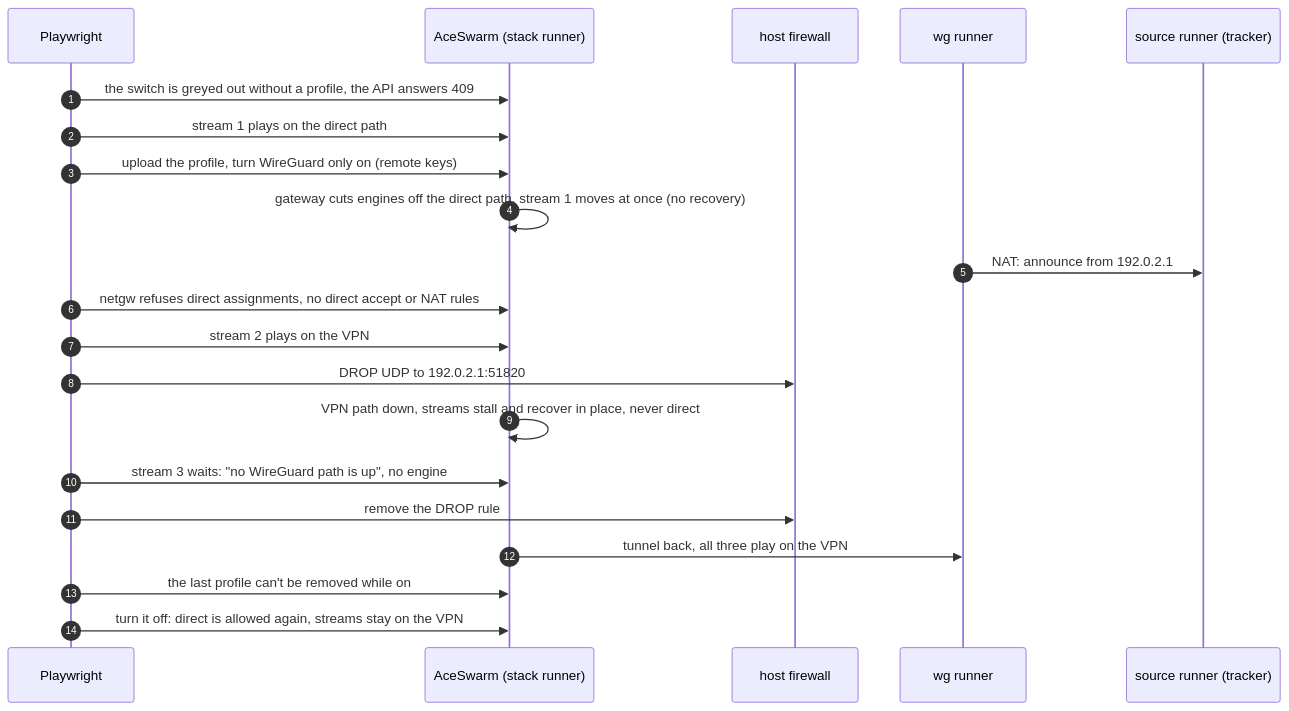
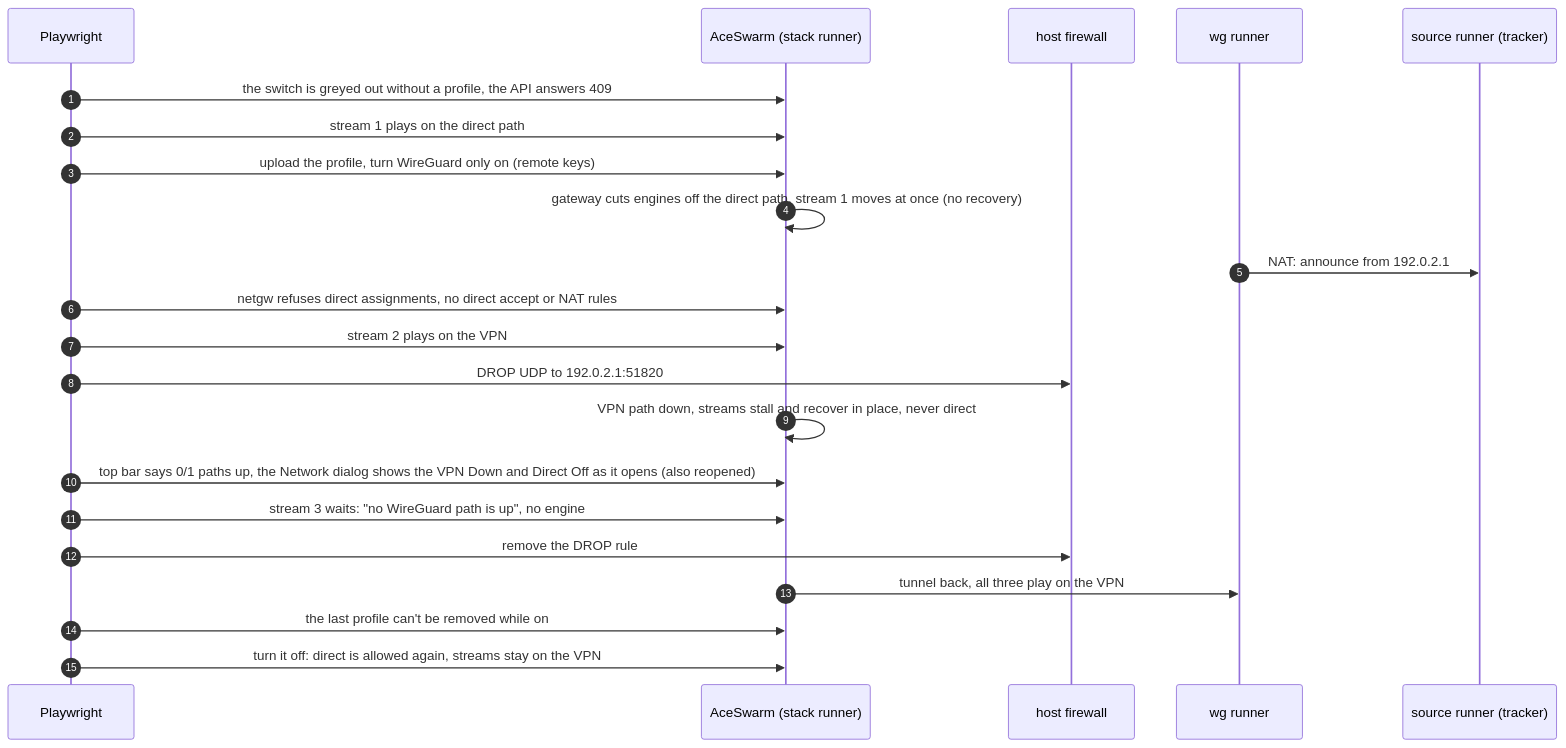
Before and after one commit to sergimn/AceSwarm: diagram 14 of 14 in e2e/README.md, drawn with Mermaid. The commit also changed other lines of this file and 12 other files, not shown here.

First line of the commit message:
Make the Network dialog and top bar show what streams can use (#42)

````diff
--- a/e2e/README.md
+++ b/e2e/README.md
@@ -383,23 +383,24 @@
 ```mermaid
 sequenceDiagram
   autonumber
   participant T as Playwright
   participant AS as AceSwarm (stack runner)
   participant FW as host firewall
   participant WG as wg runner
   participant SRC as source runner (tracker)
   T->>AS: the switch is greyed out without a profile, the API answers 409
   T->>AS: stream 1 plays on the direct path
   T->>AS: upload the profile, turn WireGuard only on (remote keys)
   AS->>AS: gateway cuts engines off the direct path, stream 1 moves at once (no recovery)
   WG->>SRC: NAT: announce from 192.0.2.1
   T->>AS: netgw refuses direct assignments, no direct accept or NAT rules
   T->>AS: stream 2 plays on the VPN
   T->>FW: DROP UDP to 192.0.2.1:51820
   AS->>AS: VPN path down, streams stall and recover in place, never direct
+  T->>AS: top bar says 0/1 paths up, the Network dialog shows the VPN Down and Direct Off as it opens (also reopened)
   T->>AS: stream 3 waits: "no WireGuard path is up", no engine
   T->>FW: remove the DROP rule
   AS->>WG: tunnel back, all three play on the VPN
   T->>AS: the last profile can't be removed while on
   T->>AS: turn it off: direct is allowed again, streams stay on the VPN
 ```
````
